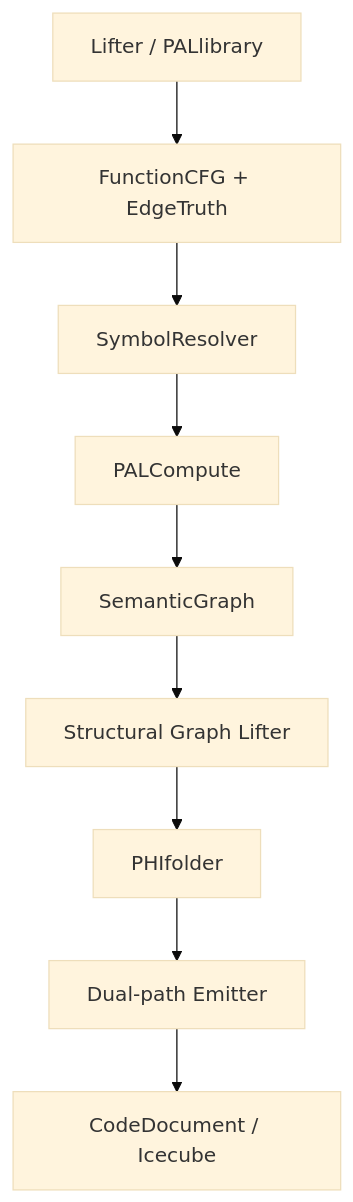
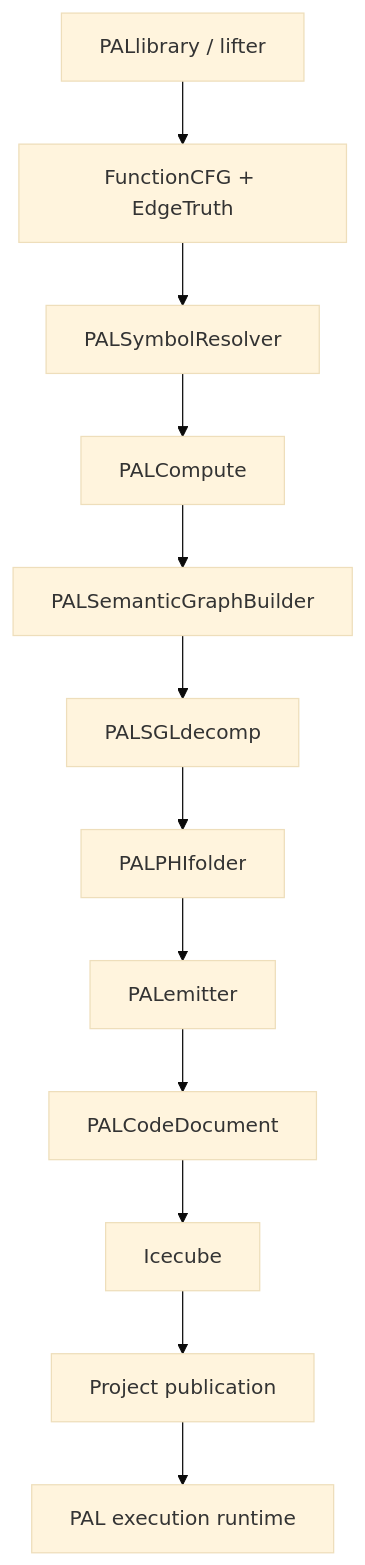
The second of 5 diagrams in README.md (oldwalls/pyghidra-PAL), drawn with Mermaid (base theme) before and after one commit. The commit also changed other lines of this file and 6873 other files, not shown here.

````diff
--- a/README.md
+++ b/README.md
@@ -92,11 +193,14 @@
 ```mermaid
-flowchart TD
-    L["Lifter / PALlibrary"] --> C["FunctionCFG + EdgeTruth"]
-    C --> R["SymbolResolver"]
-    R --> P["PALCompute"]
-    P --> SG["SemanticGraph"]
-    SG --> SGL["Structural Graph Lifter"]
-    SGL --> PHI["PHIfolder"]
-    PHI --> EM["Dual-path Emitter"]
-    EM --> DOC["CodeDocument / Icecube"]
+flowchart TB
+    T["PALlibrary / lifter"] --> CFG["FunctionCFG + EdgeTruth"]
+    CFG --> RES["PALSymbolResolver"]
+    RES --> CMP["PALCompute"]
+    CMP --> SG["PALSemanticGraphBuilder"]
+    SG --> SGL["PALSGLdecomp"]
+    SGL --> PHI["PALPHIfolder"]
+    PHI --> EM["PALemitter"]
+    EM --> CD["PALCodeDocument"]
+    CD --> IC["Icecube"]
+    IC --> PX["Project publication"]
+    PX --> EX["PAL execution runtime"]
 ```
````
